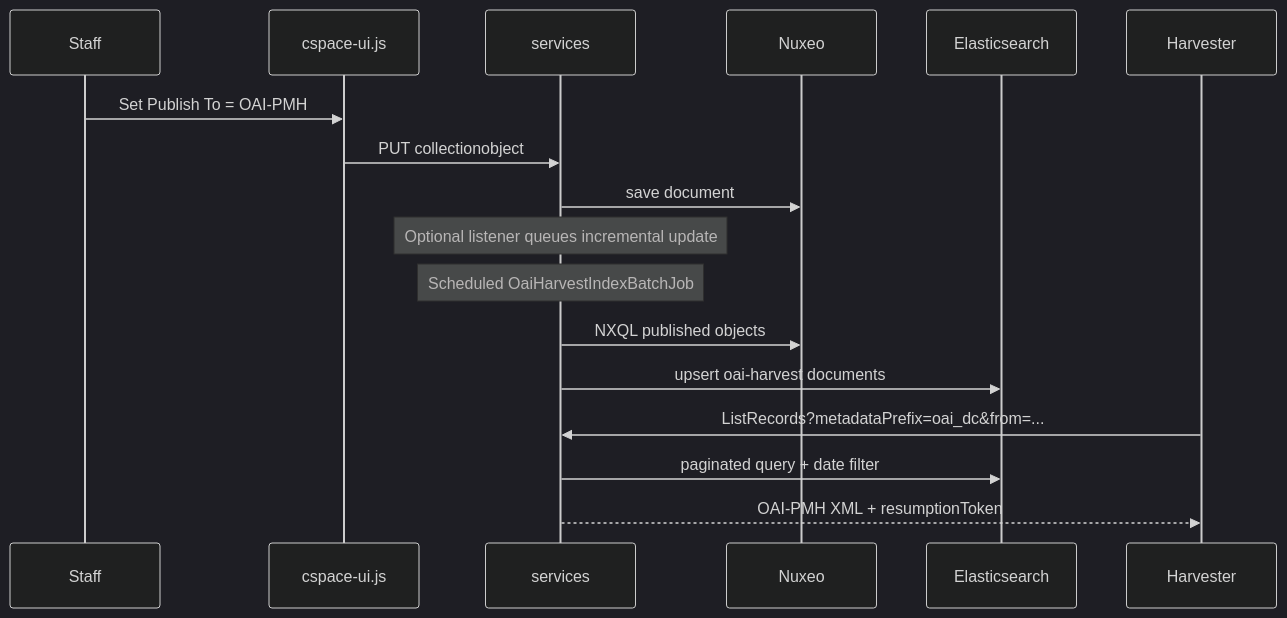
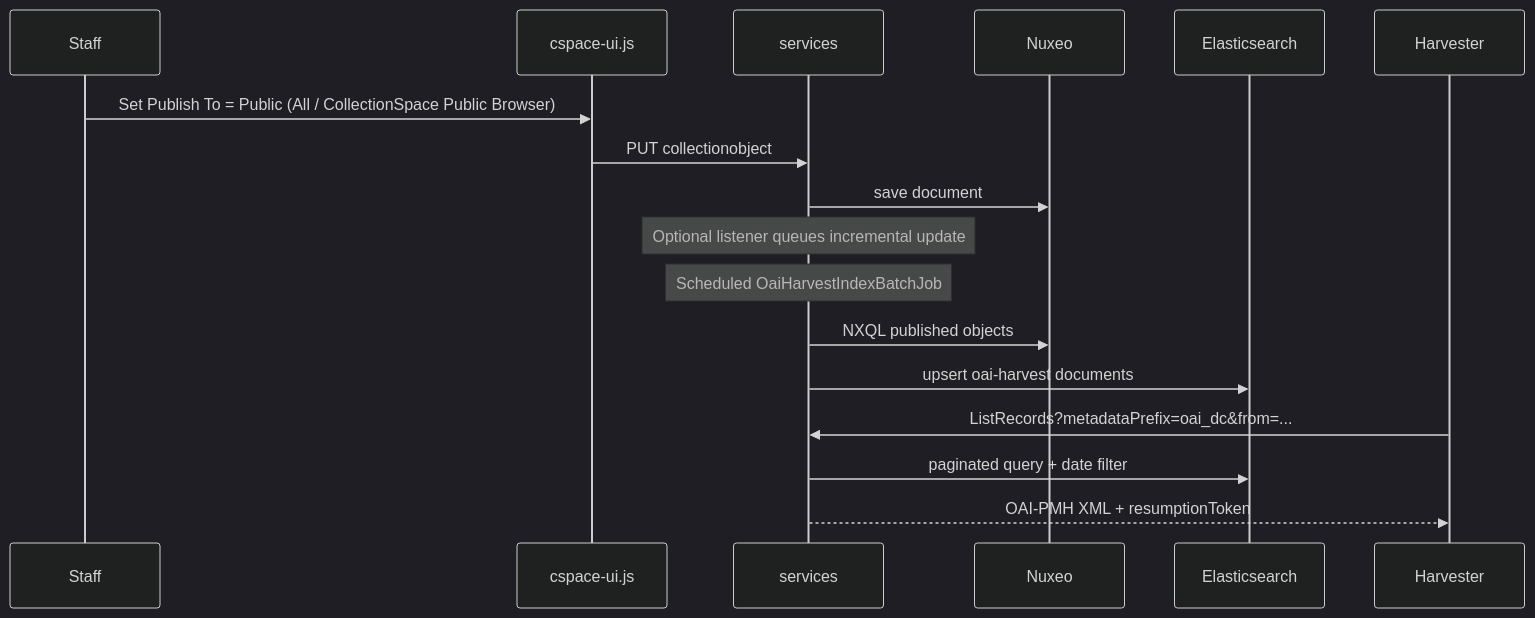
One commit to ryanttb/LyrasisInteroperabilityProject changed the second of 2 diagrams in specs/C1-dev-high-cs-oai-pmh.md. Above: the diagram before and after it, drawn with Mermaid (dark theme). The commit also changed other lines of this file, not shown here.

````diff
--- a/specs/C1-dev-high-cs-oai-pmh.md
+++ b/specs/C1-dev-high-cs-oai-pmh.md
@@ -387,22 +453,22 @@
 ```mermaid
 sequenceDiagram
   participant Staff
   participant UI as cspace-ui.js
   participant Svc as services
   participant Nuxeo
   participant ES as Elasticsearch
   participant Harv as Harvester
 
-  Staff->>UI: Set Publish To = OAI-PMH
+  Staff->>UI: Set Publish To = Public (All / CollectionSpace Public Browser)
   UI->>Svc: PUT collectionobject
   Svc->>Nuxeo: save document
   Note over Svc: Optional listener queues incremental update
 
   Note over Svc: Scheduled OaiHarvestIndexBatchJob
   Svc->>Nuxeo: NXQL published objects
   Svc->>ES: upsert oai-harvest documents
 
   Harv->>Svc: ListRecords?metadataPrefix=oai_dc&from=...
   Svc->>ES: paginated query + date filter
   Svc-->>Harv: OAI-PMH XML + resumptionToken
 ```
````
